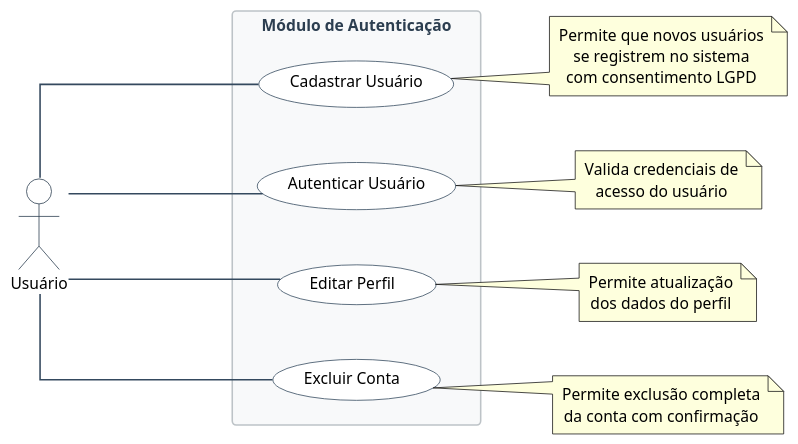
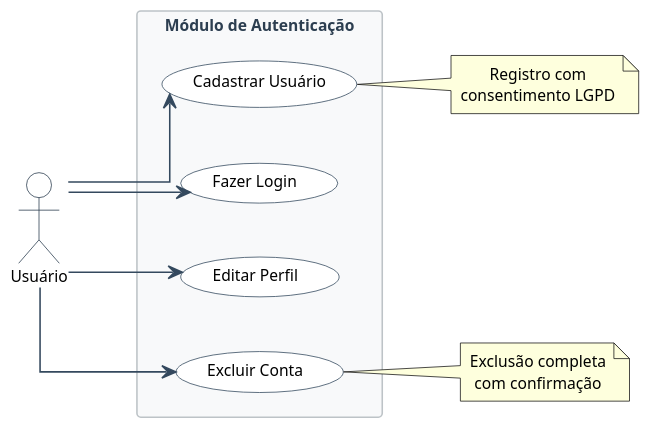
Before and after one commit to Pellegr1n1/autologger-services: the diagram in docs/use_case_diagram/auth_module.puml, drawn with PlantUML. The commit also changed 9 other files, not shown here.

Commit message:
use case diagram fix

```diff
--- a/docs/use_case_diagram/auth_module.puml
+++ b/docs/use_case_diagram/auth_module.puml
@@ -1,46 +1,44 @@
 @startuml auth_module
 left to right direction
 skinparam {
     usecaseFontSize 12
     usecaseFontName "Segoe UI"
     usecaseBackgroundColor #FFFFFF
     usecaseBorderColor #34495E
     actorBackgroundColor #FFFFFF
     actorBorderColor #2C3E50
     actorFontName "Segoe UI"
     actorFontSize 12
     arrowColor #34495E
     rectangleBackgroundColor #F8F9FA
     rectangleBorderColor #BDC3C7
     rectangleFontColor #2C3E50
     rectangleFontName "Segoe UI"
     rectangleFontSize 13
     defaultTextAlignment center
     wrapWidth 200
     dpi 150
     shadowing false
     linetype ortho
     defaultFontName "Segoe UI"
     defaultFontSize 10
 }
 
 actor "Usuário" as User #FFFFFF
 
 rectangle "Módulo de Autenticação" #F8F9FA {
     (Cadastrar Usuário) as UC01
-    (Autenticar Usuário) as UC02
+    (Fazer Login) as UC02
     (Editar Perfil) as UC16
     (Excluir Conta) as UC03
 }
 
-User --- UC01
-User --- UC02
-User --- UC16
-User --- UC03
+User --> UC01
+User --> UC02
+User --> UC16
+User --> UC03
 
-note right of UC01 : Permite que novos usuários\nse registrem no sistema\ncom consentimento LGPD
-note right of UC02 : Valida credenciais de\nacesso do usuário
-note right of UC16 : Permite atualização\ndos dados do perfil
-note right of UC03 : Permite exclusão completa\nda conta com confirmação
+note right of UC01 : Registro com\nconsentimento LGPD
+note right of UC03 : Exclusão completa\ncom confirmação
 
 @enduml
```
